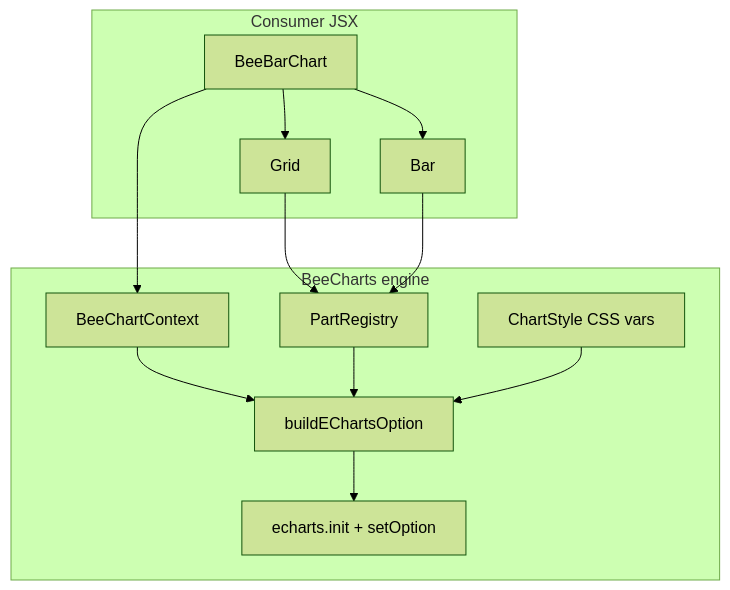
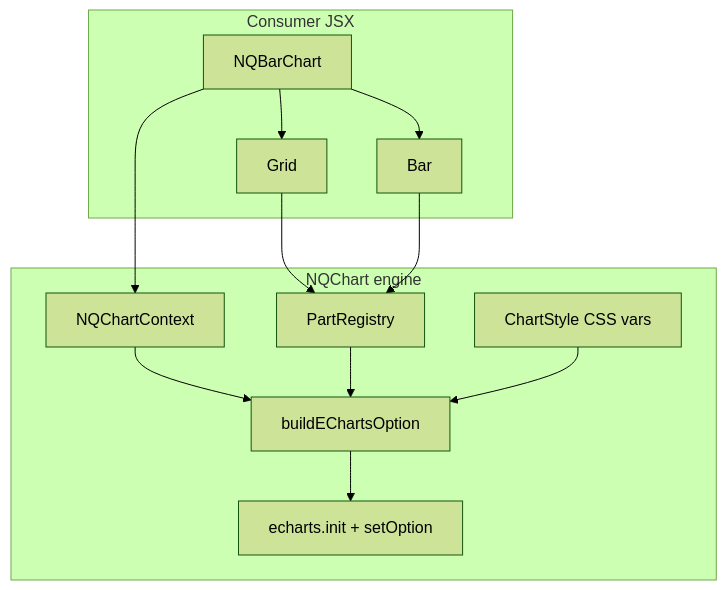
One commit to nqlib/nqchart changed the diagram in PLAN.md. Above: the diagram before and after it, drawn with Mermaid (forest theme). The commit also changed other lines of this file and 254 other files, not shown here.

First line of the commit message:
Rename bee/beecharts → nqchart across codebase

````diff
--- a/PLAN.md
+++ b/PLAN.md
@@ -76,25 +76,25 @@
 ```mermaid
 flowchart TB
   subgraph consumer [Consumer JSX]
-    Root[BeeBarChart]
+    Root[NQBarChart]
     Grid[Grid]
     Bar[Bar]
     Root --> Grid
     Root --> Bar
   end
 
-  subgraph engine [BeeCharts engine]
-    Ctx[BeeChartContext]
+  subgraph engine [NQChart engine]
+    Ctx[NQChartContext]
     Registry[PartRegistry]
     Compiler[buildEChartsOption]
     EC[echarts.init + setOption]
     Tokens[ChartStyle CSS vars]
     Root --> Ctx
     Grid --> Registry
     Bar --> Registry
     Ctx --> Compiler
     Registry --> Compiler
     Tokens --> Compiler
     Compiler --> EC
   end
 ```
````
